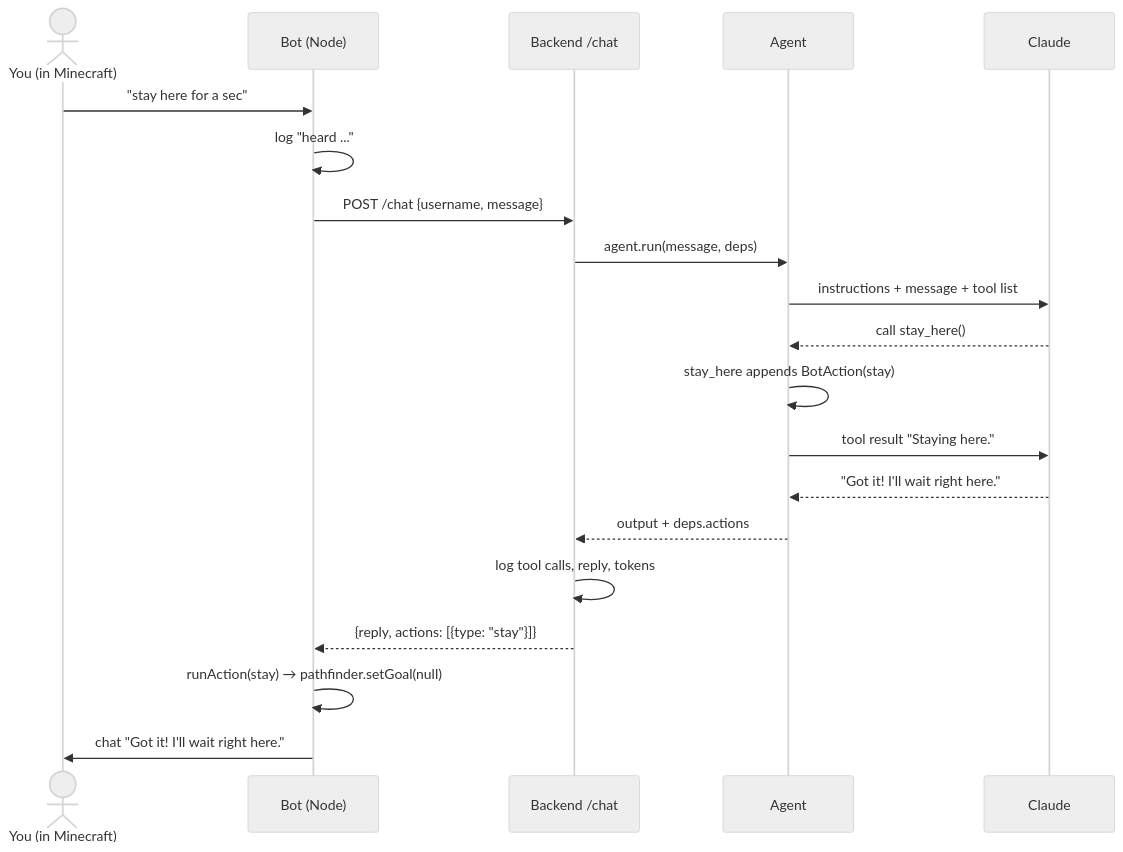
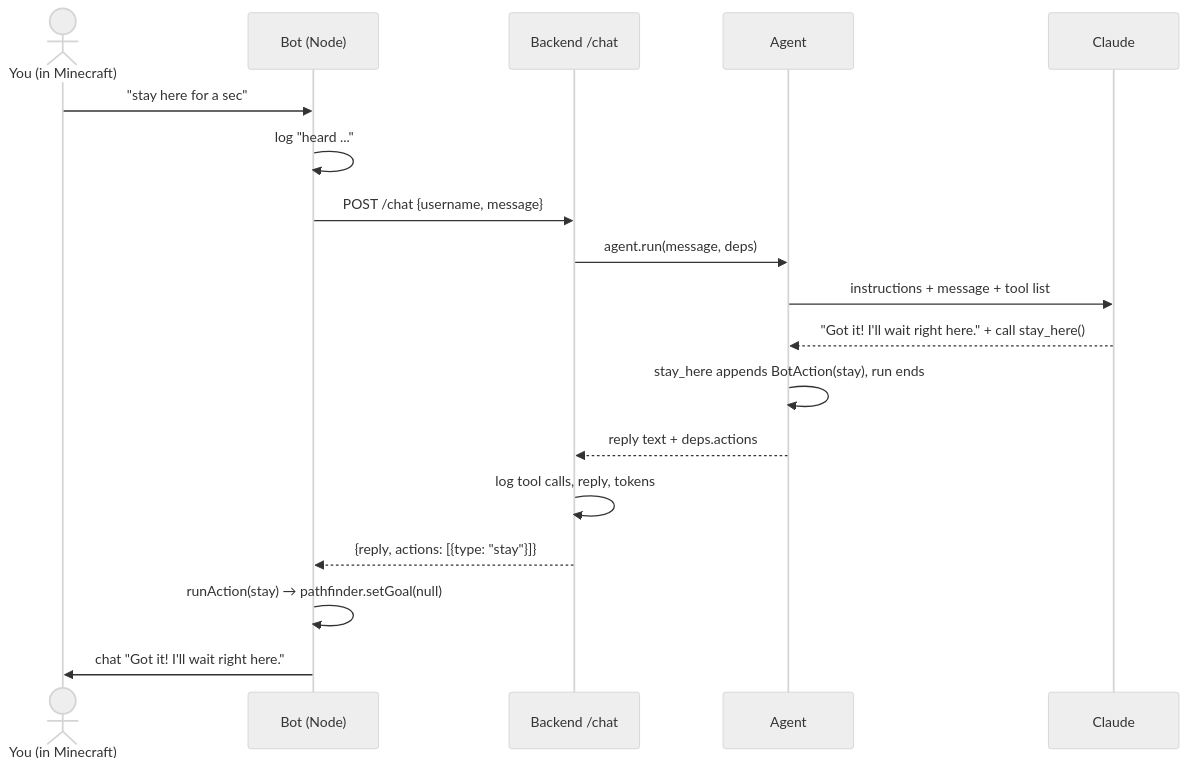
The third of 4 diagrams in docs/architecture.md (tascoma/minecraft-agent), drawn with Mermaid (neutral theme) before and after one commit. The commit also changed other lines of this file and 9 other files, not shown here.

First line of the commit message:
Phase 2: end the run on action tools

````diff
--- a/docs/architecture.md
+++ b/docs/architecture.md
@@ -174,23 +174,21 @@
 ```mermaid
 sequenceDiagram
     actor P as You (in Minecraft)
     participant B as Bot (Node)
     participant API as Backend /chat
     participant AG as Agent
     participant C as Claude
 
     P->>B: "stay here for a sec"
     B->>B: log "heard ..."
     B->>API: POST /chat {username, message}
     API->>AG: agent.run(message, deps)
     AG->>C: instructions + message + tool list
-    C-->>AG: call stay_here()
-    AG->>AG: stay_here appends BotAction(stay)
-    AG->>C: tool result "Staying here."
-    C-->>AG: "Got it! I'll wait right here."
-    AG-->>API: output + deps.actions
+    C-->>AG: "Got it! I'll wait right here." + call stay_here()
+    AG->>AG: stay_here appends BotAction(stay), run ends
+    AG-->>API: reply text + deps.actions
     API->>API: log tool calls, reply, tokens
     API-->>B: {reply, actions: [{type: "stay"}]}
     B->>B: runAction(stay) → pathfinder.setGoal(null)
     B->>P: chat "Got it! I'll wait right here."
 ```
````
